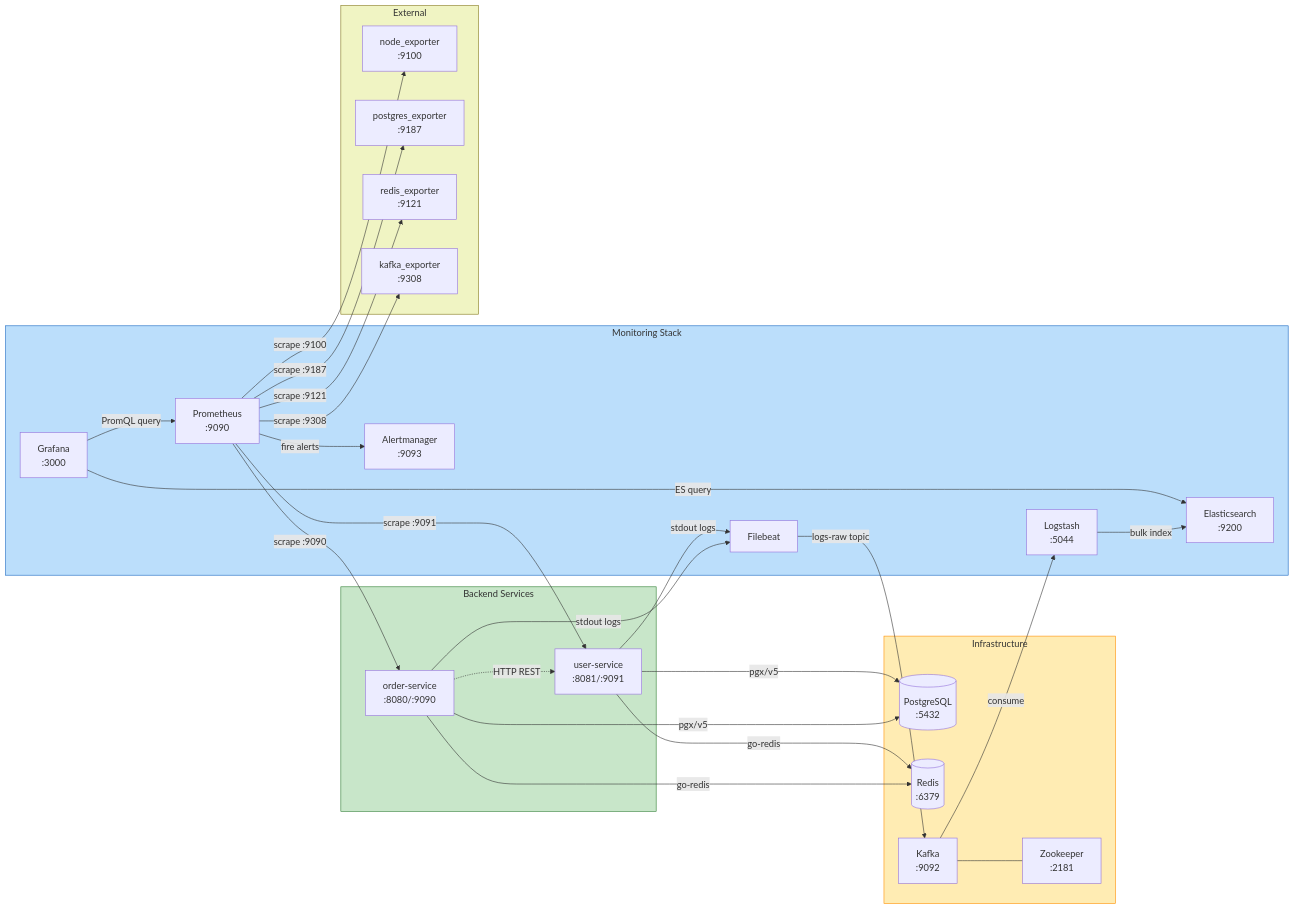
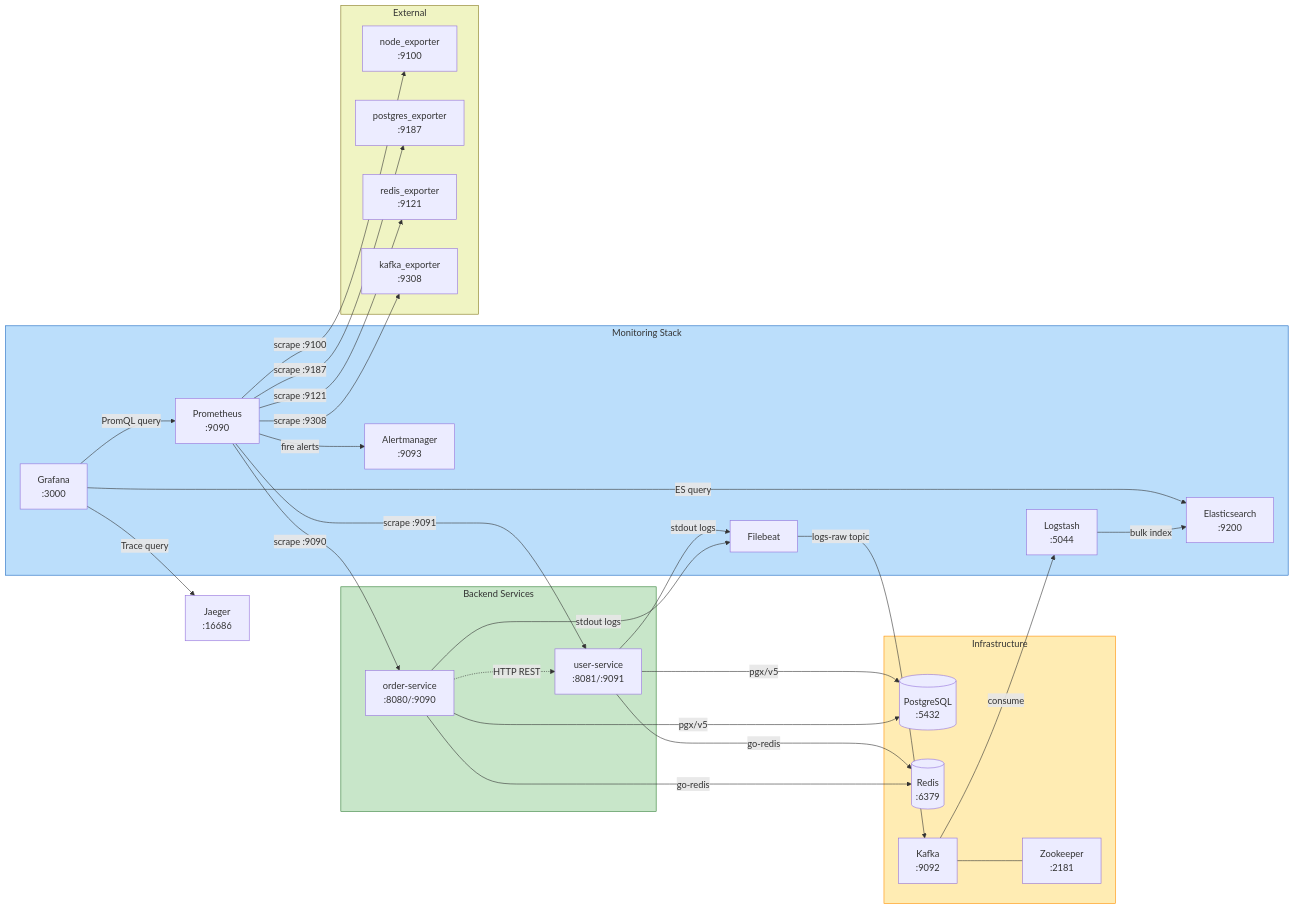
Before and after one commit to namdam97/logmon: the second of 13 diagrams in doc/logmon.md, drawn with Mermaid. The commit also changed other lines of this file and 3 other files, not shown here.

````diff
--- a/doc/logmon.md
+++ b/doc/logmon.md
@@ -126,60 +154,61 @@
 ```mermaid
 graph LR
     subgraph Backend["Backend Services"]
         OS["order-service<br/>:8080/:9090"]
         US["user-service<br/>:8081/:9091"]
     end
 
     subgraph Infrastructure["Infrastructure"]
         PG[(PostgreSQL<br/>:5432)]
         RD[(Redis<br/>:6379)]
         KF["Kafka<br/>:9092"]
         ZK["Zookeeper<br/>:2181"]
     end
 
     subgraph Monitoring["Monitoring Stack"]
         PROM["Prometheus<br/>:9090"]
         AM["Alertmanager<br/>:9093"]
         FB["Filebeat"]
         LS["Logstash<br/>:5044"]
         ES["Elasticsearch<br/>:9200"]
         GF["Grafana<br/>:3000"]
     end
 
     subgraph External["External"]
         NE["node_exporter<br/>:9100"]
         PE["postgres_exporter<br/>:9187"]
         RE["redis_exporter<br/>:9121"]
         KE["kafka_exporter<br/>:9308"]
     end
 
     OS -->|"pgx/v5"| PG
     US -->|"pgx/v5"| PG
     OS -->|"go-redis"| RD
     US -->|"go-redis"| RD
 
     OS -.->|"HTTP REST"| US
 
     OS -->|"stdout logs"| FB
     US -->|"stdout logs"| FB
     FB -->|"logs-raw topic"| KF
     KF -->|"consume"| LS
     LS -->|"bulk index"| ES
     KF --- ZK
 
     PROM -->|"scrape :9090"| OS
     PROM -->|"scrape :9091"| US
     PROM -->|"scrape :9100"| NE
     PROM -->|"scrape :9187"| PE
     PROM -->|"scrape :9121"| RE
     PROM -->|"scrape :9308"| KE
     PROM -->|"fire alerts"| AM
 
     GF -->|"PromQL query"| PROM
     GF -->|"ES query"| ES
+    GF -->|"Trace query"| JAEGER["Jaeger<br/>:16686"]
 
     style Backend fill:#c8e6c9,stroke:#2e7d32
     style Infrastructure fill:#ffecb3,stroke:#ff8f00
     style Monitoring fill:#bbdefb,stroke:#1565c0
     style External fill:#f0f4c3,stroke:#827717
 ```
````
